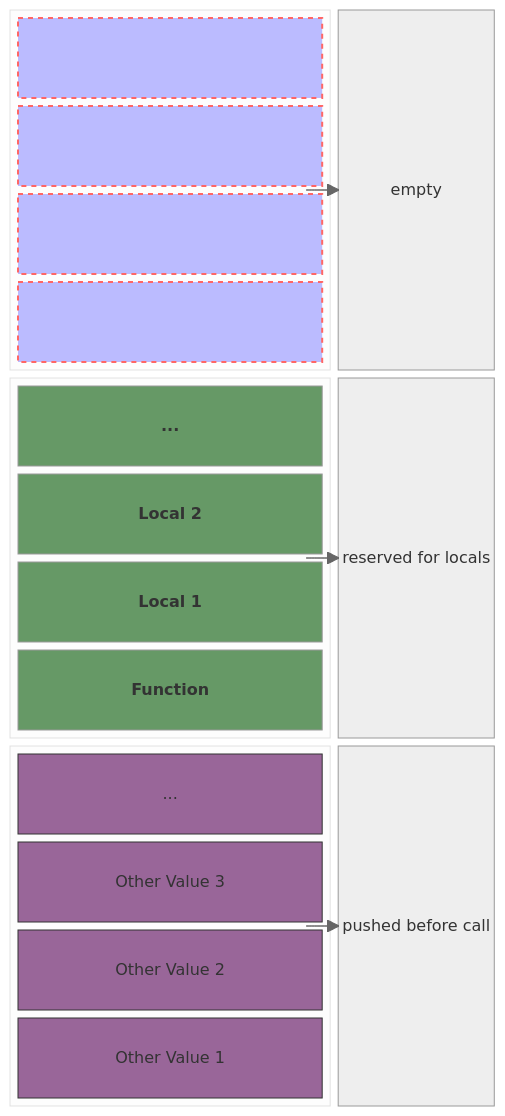
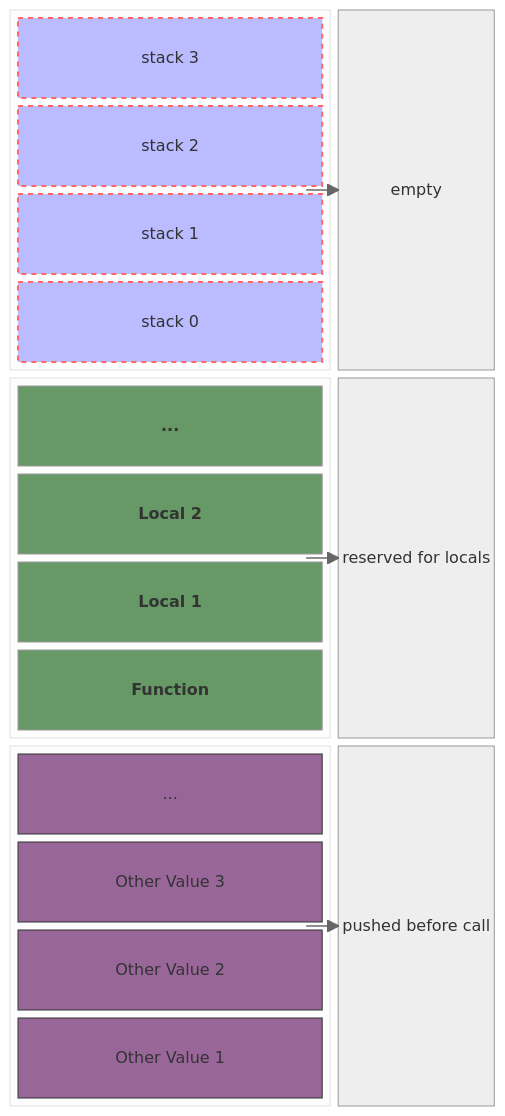
One commit to 0x822a5b87/monkey changed the eighth of 9 diagrams in README.md. Above: the diagram before and after it, drawn with Mermaid (neutral theme). The commit also changed other lines of this file and 6 other files, not shown here.

````diff
--- a/README.md
+++ b/README.md
@@ -532,57 +543,57 @@
 ```mermaid
 ---
 title: function stack
 ---
 block-beta
 columns 3
 
 block:group1:2
 	columns 1
-	stack3[" "]:1
-	stack2[" "]:1
-	stack1[" "]:1
-	stack0[" "]:1
+	stack3["stack 3"]:1
+	stack2["stack 2"]:1
+	stack1["stack 1"]:1
+	stack0["stack 0"]:1
 end
 desc1["empty"]
 group1 --> desc1
 
 block:group2:2
 	columns 1
 	Local3["..."]:1
 	Local2["Local 2"]:1
 	Local1["Local 1"]:1
 	Function
 end
 desc2["reserved for locals"]
 group2 --> desc2
 
 block:group3:2
 	columns 1
 	OtherValue1["..."]:1
 	OtherValue2["Other Value 3"]:1
 	OtherValue3["Other Value 2"]:1
 	OtherValue4["Other Value 1"]:1
 end
 desc3["pushed before call"]
 group3 --> desc3
 
 classDef front 1,fill:#696,stroke:#333;
 classDef back fill:#969,stroke:#333;
 classDef op fill:#bbf,stroke:#f66,stroke-width:2px,color:#fff,stroke-dasharray: 5 5
 classDef header fill: #696,color: #fff,font-weight: bold,padding: 10px;
 
 class stack3 op
 class stack2 op
 class stack1 op
 class stack0 op
 
 class Local3 header
 class Local2 header
 class Local1 header
 class Function header
 
 class OtherValue1 back
 class OtherValue2 back
 class OtherValue3 back
 class OtherValue4 back
 ```
````
